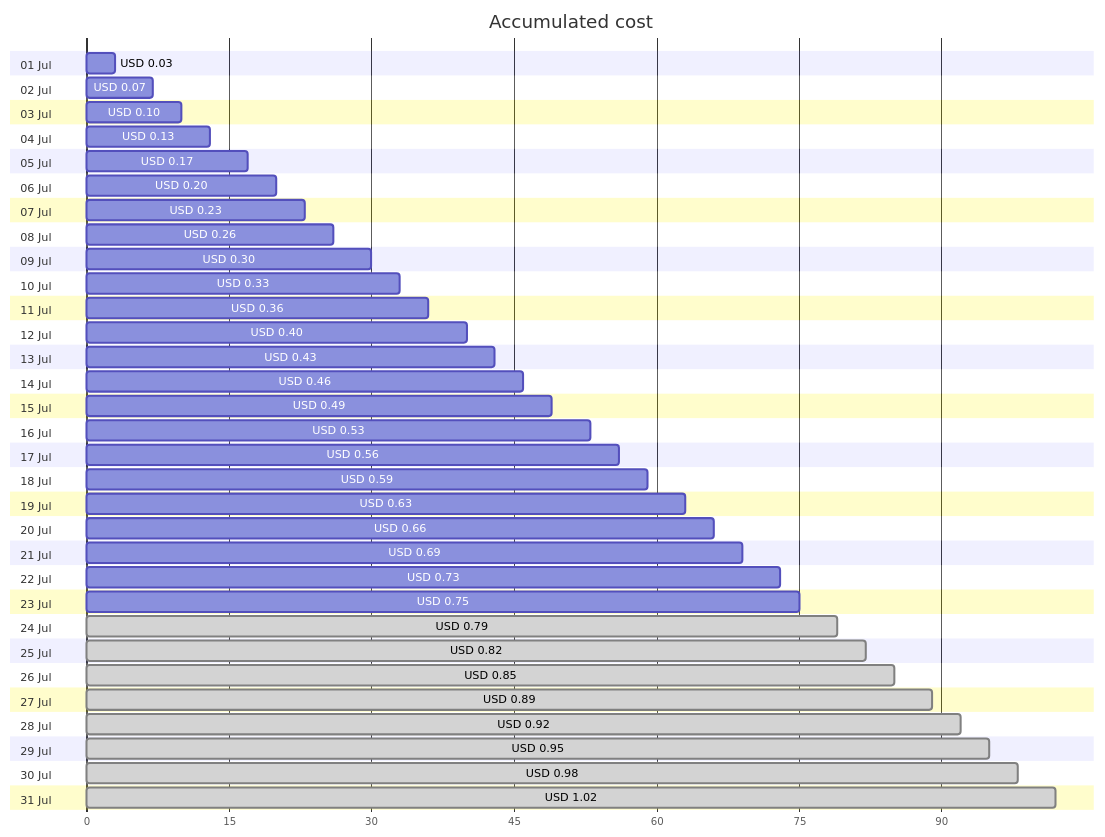
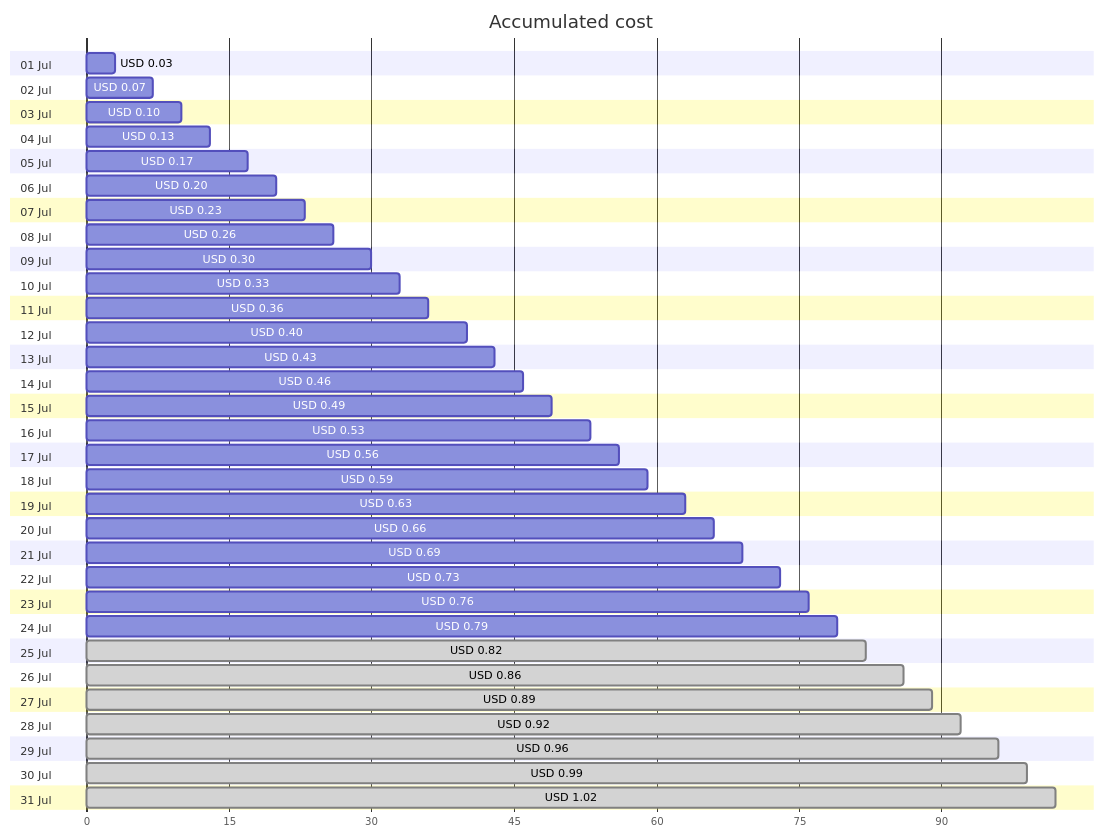
Before and after one commit to jpfulton/azure-personal-reports: the first of 4 diagrams in cost-reports/personal-dns/README.md, drawn with Mermaid. The commit also changed other lines of this file and 2 other files, not shown here.

````diff
--- a/cost-reports/personal-dns/README.md
+++ b/cost-reports/personal-dns/README.md
@@ -20,68 +20,68 @@
 ```mermaid
 gantt
    title Accumulated cost
    dateFormat  X
    axisFormat %s
    section 01 Jul
    USD 0.03 :0, 3
    section 02 Jul
    USD 0.07 :0, 7
    section 03 Jul
    USD 0.10 :0, 10
    section 04 Jul
    USD 0.13 :0, 13
    section 05 Jul
    USD 0.17 :0, 17
    section 06 Jul
    USD 0.20 :0, 20
    section 07 Jul
    USD 0.23 :0, 23
    section 08 Jul
    USD 0.26 :0, 26
    section 09 Jul
    USD 0.30 :0, 30
    section 10 Jul
    USD 0.33 :0, 33
    section 11 Jul
    USD 0.36 :0, 36
    section 12 Jul
    USD 0.40 :0, 40
    section 13 Jul
    USD 0.43 :0, 43
    section 14 Jul
    USD 0.46 :0, 46
    section 15 Jul
    USD 0.49 :0, 49
    section 16 Jul
    USD 0.53 :0, 53
    section 17 Jul
    USD 0.56 :0, 56
    section 18 Jul
    USD 0.59 :0, 59
    section 19 Jul
    USD 0.63 :0, 63
    section 20 Jul
    USD 0.66 :0, 66
    section 21 Jul
    USD 0.69 :0, 69
    section 22 Jul
    USD 0.73 :0, 73
    section 23 Jul
-   USD 0.75 :0, 75
+   USD 0.76 :0, 76
    section 24 Jul
-   USD 0.79 : done, 0, 79
+   USD 0.79 :0, 79
    section 25 Jul
    USD 0.82 : done, 0, 82
    section 26 Jul
-   USD 0.85 : done, 0, 85
+   USD 0.86 : done, 0, 86
    section 27 Jul
    USD 0.89 : done, 0, 89
    section 28 Jul
    USD 0.92 : done, 0, 92
    section 29 Jul
-   USD 0.95 : done, 0, 95
+   USD 0.96 : done, 0, 96
    section 30 Jul
-   USD 0.98 : done, 0, 98
+   USD 0.99 : done, 0, 99
    section 31 Jul
    USD 1.02 : done, 0, 102
 ```
````
